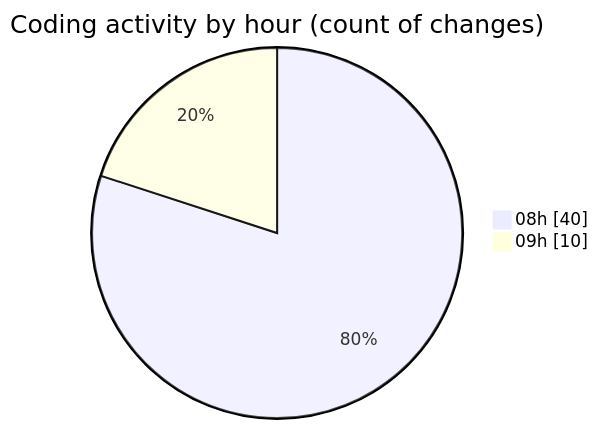
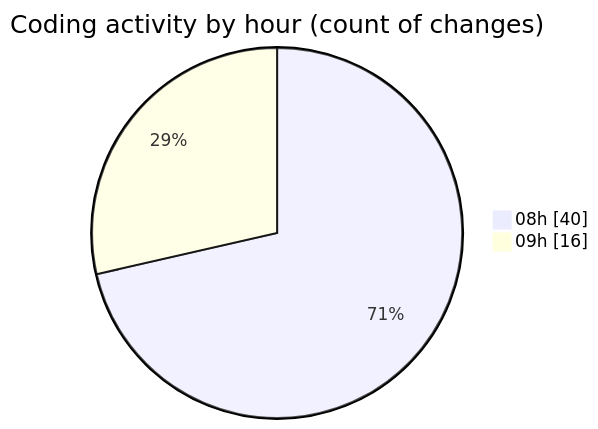
The second of 2 diagrams in 2025-01-27/mbc-web/README.md (robertbonfada/code-tracking), drawn with Mermaid before and after one commit. The commit also changed other lines of this file and 1 other file, not shown here.

````diff
--- a/2025-01-27/mbc-web/README.md
+++ b/2025-01-27/mbc-web/README.md
@@ -40,6 +40,6 @@
 ```mermaid
 pie showData
 title Coding activity by hour (count of changes)
 "08h" : 40
-"09h" : 10
+"09h" : 16
 ```
````
